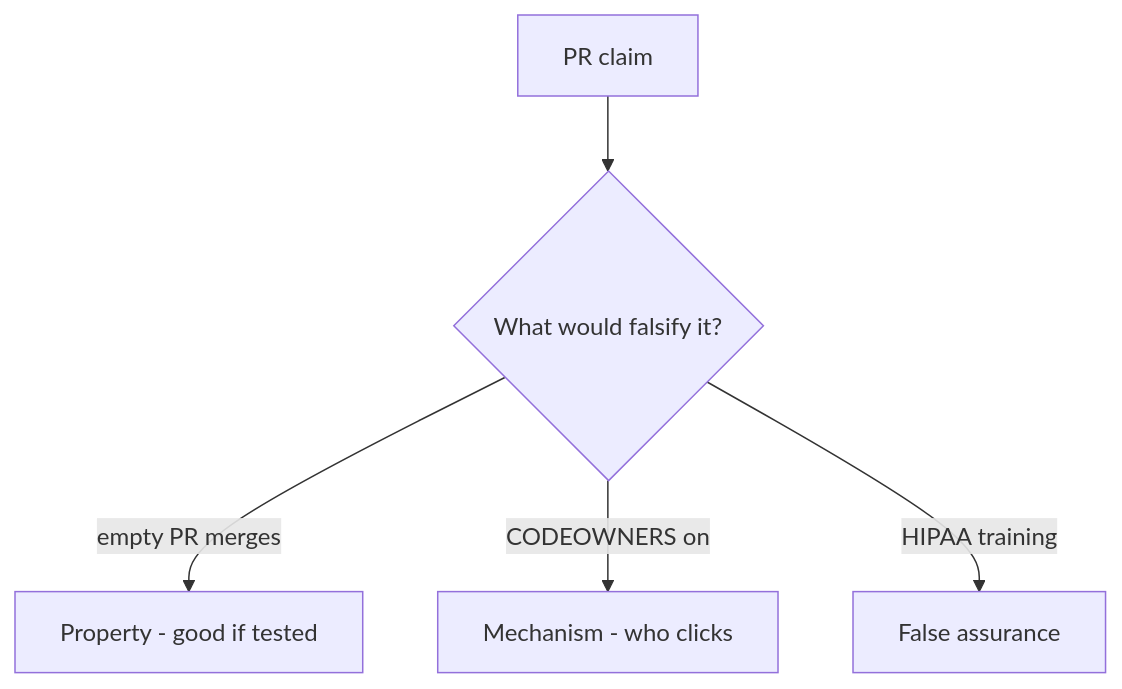
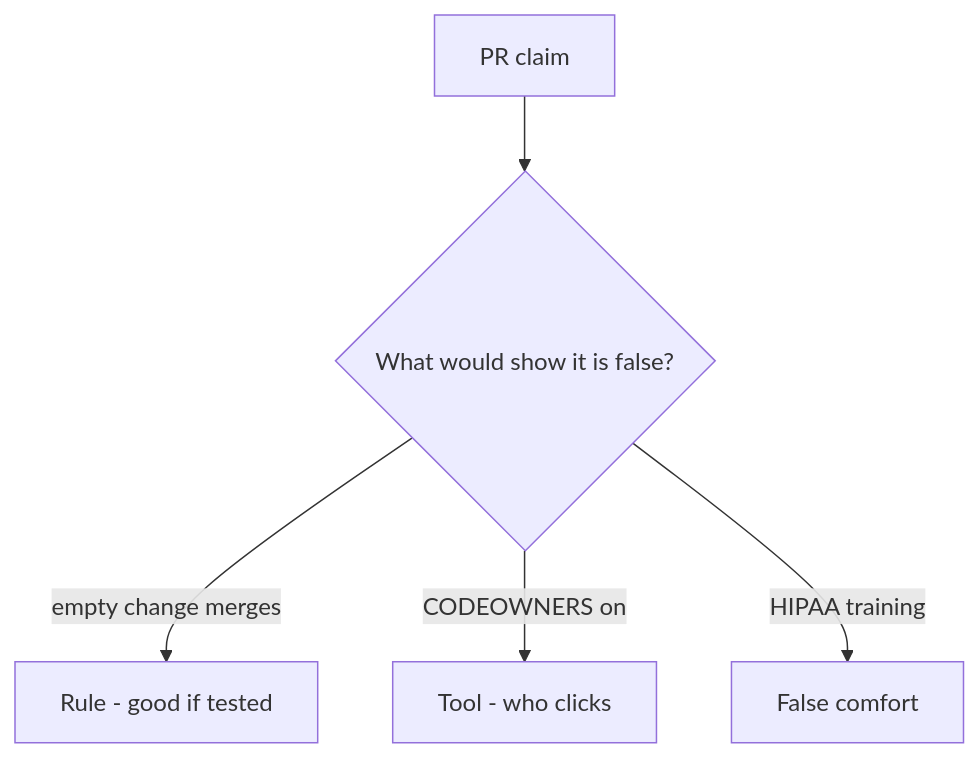
Before and after one commit to ishitvagoel/LearnSecurity: the diagram in content/modules/10/10.1/lessons/08-review.md, drawn with Mermaid. The commit also changed other lines of this file and 39 other files, not shown here.

````diff
--- a/content/modules/10/10.1/lessons/08-review.md
+++ b/content/modules/10/10.1/lessons/08-review.md
@@ -17,7 +18,7 @@
 ```mermaid
 flowchart TD
-  Claim[PR claim] --> Q{"What would falsify it?"}
-  Q -->|empty PR merges| Property["Property - good if tested"]
-  Q -->|CODEOWNERS on| Mechanism[Mechanism - who clicks]
-  Q -->|HIPAA training| False[False assurance]
+  Claim[PR claim] --> Q{"What would show it is false?"}
+  Q -->|empty change merges| Property["Rule - good if tested"]
+  Q -->|CODEOWNERS on| Mechanism[Tool - who clicks]
+  Q -->|HIPAA training| False[False comfort]
 ```
````
